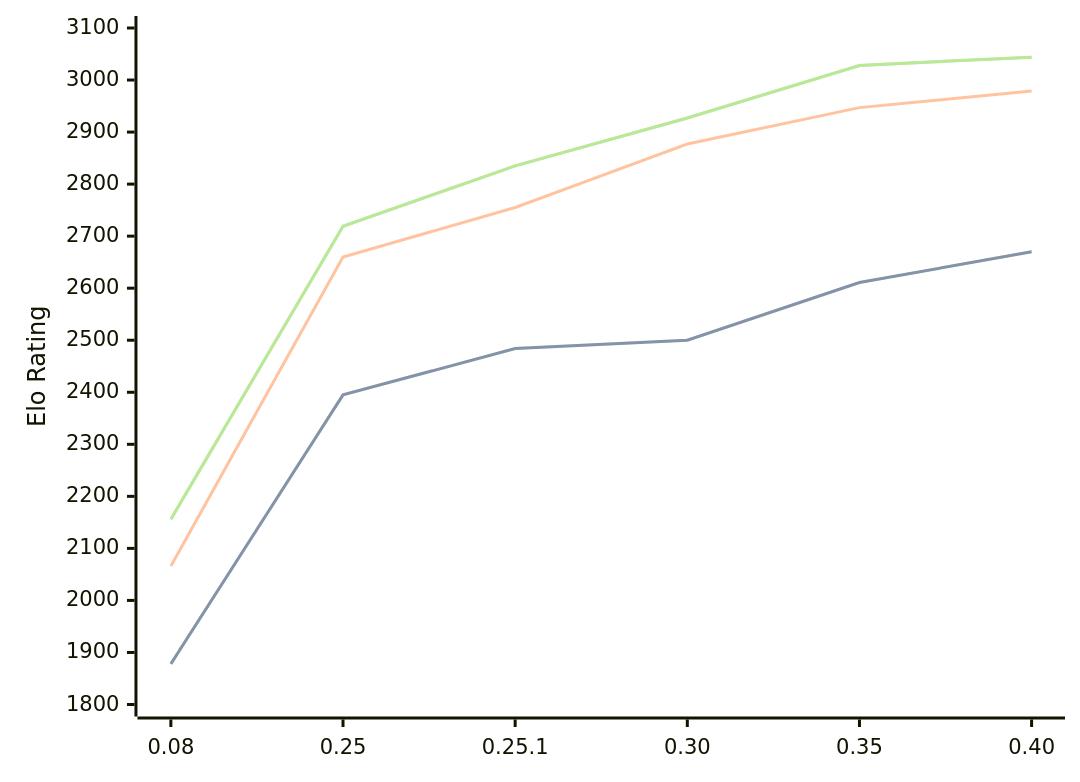
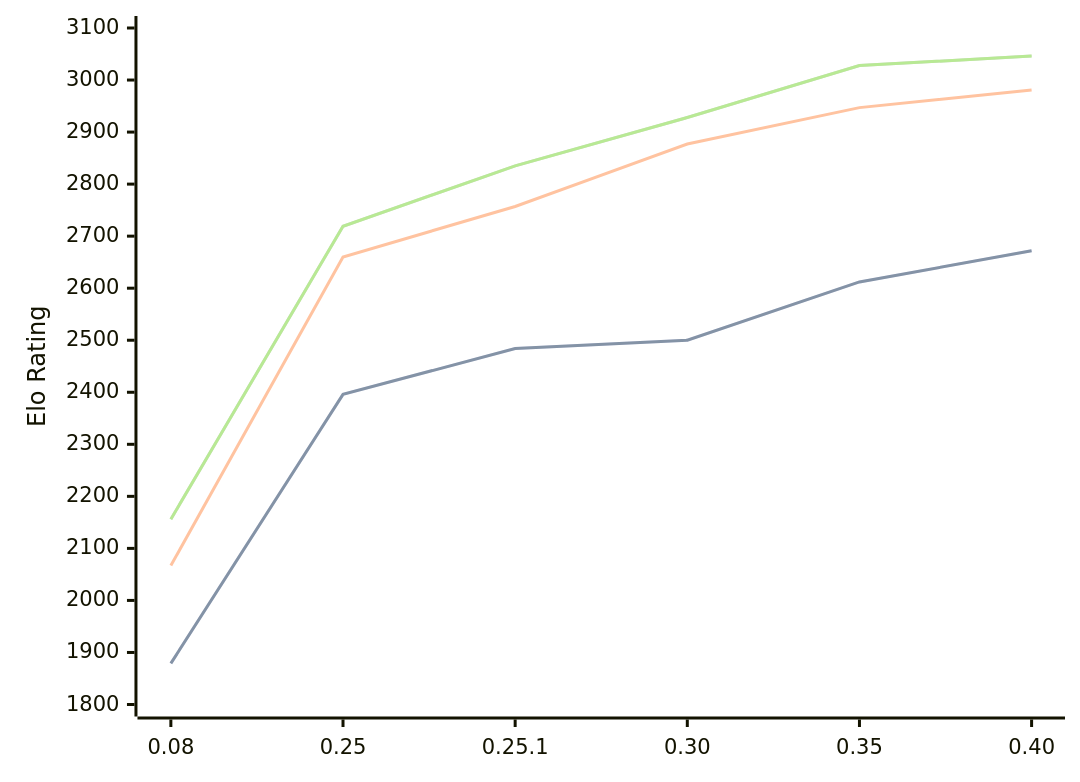
The diagram in engines/Gecko.md (computer-chess-index/cci), drawn with Mermaid before and after one commit. The commit also changed other lines of this file, not shown here.

Commit message:
Update CCI Ratings (ELO VLTC) - 2026-09-07

````diff
--- a/engines/Gecko.md
+++ b/engines/Gecko.md
@@ -36,11 +36,11 @@
 ```mermaid
 %%{init: {"theme":"base","themeVariables":{"seriesColors:['#a3a3a3','#222221','#faa371']}}}%%
 xychart-beta
   x-axis ["0.08", "0.25", "0.25.1", "0.30", "0.35", "0.40"]
   y-axis "Elo Rating" 1800 --> 3100
-  line "" [1878, 2395, 2484, 2500, 2611, 2670]
-  line "STC (8.0+0.08s)" [1878, 2395, 2484, 2500, 2611, 2670]
-  line "LTC (60.0+0.60s)" [2066, 2660, 2755, 2877, 2947, 2979]
-  line "" [2156, 2719, 2835, 2927, 3028, 3044]
-  line "VLTC (2m24s+1.12s)" [2156, 2719, 2835, 2927, 3028, 3044]
+  line "" [1879, 2396, 2484, 2500, 2612, 2672]
+  line "STC (8.0+0.08s)" [1879, 2396, 2484, 2500, 2612, 2672]
+  line "LTC (60.0+0.60s)" [2067, 2660, 2757, 2877, 2947, 2981]
+  line "" [2156, 2719, 2835, 2928, 3028, 3046]
+  line "VLTC (2m24s+1.12s)" [2156, 2719, 2835, 2928, 3028, 3046]
 ```
````
